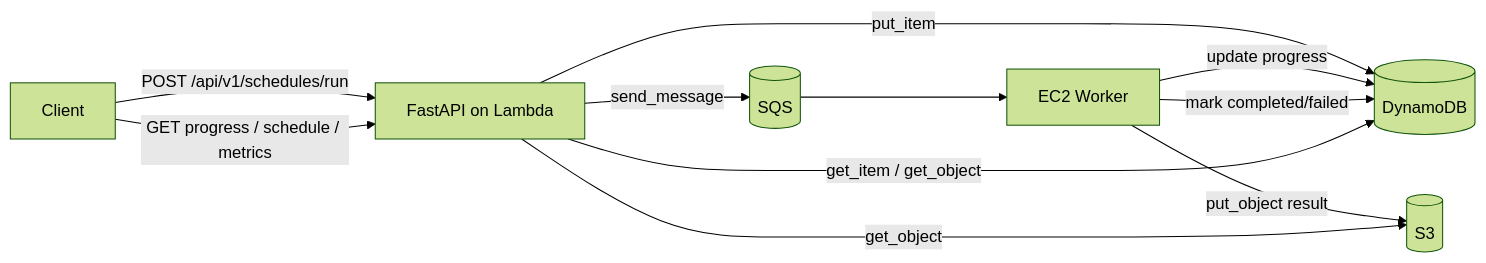
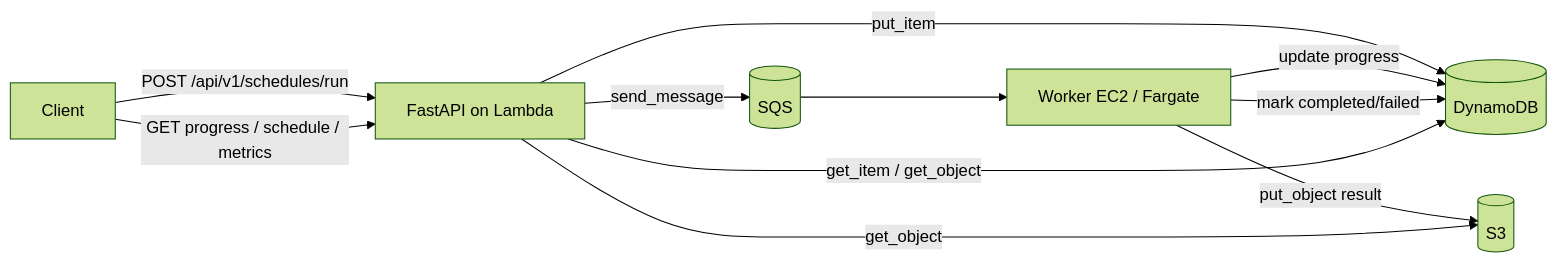
Before and after one commit to quagntam09/SLS_AWS: the diagram in ARCHITECTURE.md, drawn with Mermaid (forest theme). The commit also changed other lines of this file and 9 other files, not shown here.

````diff
--- a/ARCHITECTURE.md
+++ b/ARCHITECTURE.md
@@ -15,13 +15,13 @@
 ```mermaid
 flowchart LR
     Client[Client] -->|POST /api/v1/schedules/run| API[FastAPI on Lambda]
     API -->|put_item| DDB[(DynamoDB)]
     API -->|send_message| SQS[(SQS)]
-    SQS --> Worker[EC2 Worker]
+    SQS --> Worker[Worker EC2 / Fargate]
     Worker -->|update progress| DDB
     Worker -->|put_object result| S3[(S3)]
     Worker -->|mark completed/failed| DDB
     Client -->|GET progress / schedule / metrics| API
     API -->|get_item / get_object| DDB
     API -->|get_object| S3
 ```
````
